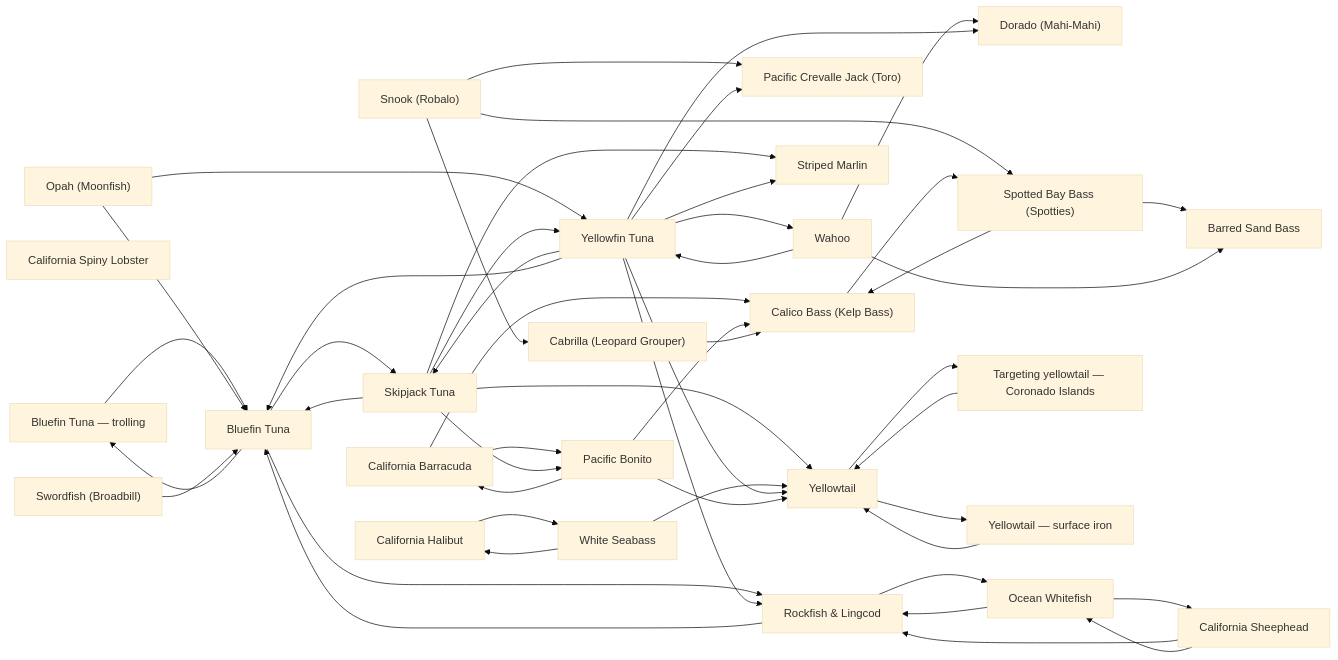
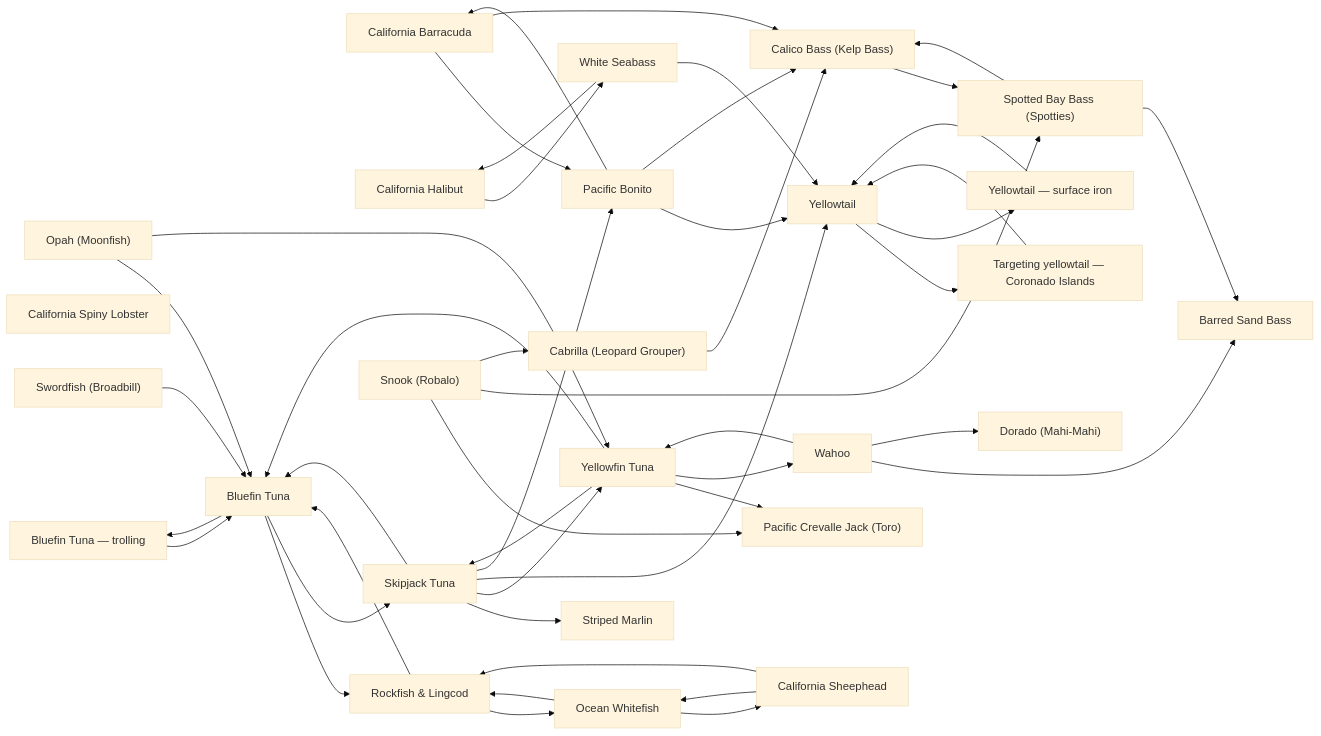
Before and after one commit to camchuckpete-max/Socal-Fishing-Knowledge: the diagram in species/README.md, drawn with Mermaid (base theme). The commit also changed other lines of this file and 34 other files, not shown here.

````diff
--- a/species/README.md
+++ b/species/README.md
@@ -42,77 +42,73 @@
 ```mermaid
 graph LR
   n0["California Barracuda"]
   n1["Bluefin Tuna — trolling"]
   n2["Bluefin Tuna"]
   n3["Pacific Bonito"]
   n4["Cabrilla (Leopard Grouper)"]
   n5["Calico Bass (Kelp Bass)"]
   n6["California Halibut"]
   n7["California Spiny Lobster"]
   n8["Dorado (Mahi-Mahi)"]
   n9["Ocean Whitefish"]
   n10["Opah (Moonfish)"]
   n11["Pacific Crevalle Jack (Toro)"]
   n12["Rockfish & Lingcod"]
   n13["Barred Sand Bass"]
   n14["California Sheephead"]
   n15["Skipjack Tuna"]
   n16["Snook (Robalo)"]
   n17["Spotted Bay Bass (Spotties)"]
   n18["Striped Marlin"]
   n19["Swordfish (Broadbill)"]
   n20["Wahoo"]
   n21["White Seabass"]
   n22["Yellowfin Tuna"]
   n23["Targeting yellowtail — Coronado Islands"]
   n24["Yellowtail — surface iron"]
   n25["Yellowtail"]
   n0 --> n3
   n0 --> n5
   n1 --> n2
   n10 --> n2
   n10 --> n22
   n12 --> n2
   n12 --> n9
   n14 --> n12
   n14 --> n9
   n15 --> n18
   n15 --> n2
   n15 --> n22
   n15 --> n25
   n15 --> n3
   n16 --> n11
   n16 --> n17
   n16 --> n4
   n17 --> n13
   n17 --> n5
   n19 --> n2
   n2 --> n1
   n2 --> n12
   n2 --> n15
   n20 --> n13
   n20 --> n22
   n20 --> n8
   n21 --> n25
   n21 --> n6
   n22 --> n11
-  n22 --> n12
   n22 --> n15
-  n22 --> n18
   n22 --> n2
   n22 --> n20
-  n22 --> n25
-  n22 --> n8
   n23 --> n25
   n24 --> n25
   n25 --> n23
   n25 --> n24
   n3 --> n0
   n3 --> n25
   n3 --> n5
   n4 --> n5
   n5 --> n17
   n6 --> n21
   n9 --> n12
   n9 --> n14
 ```
````
